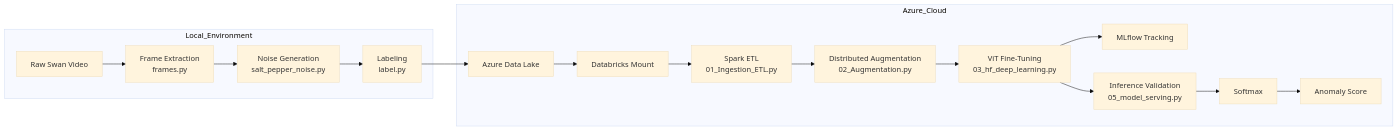
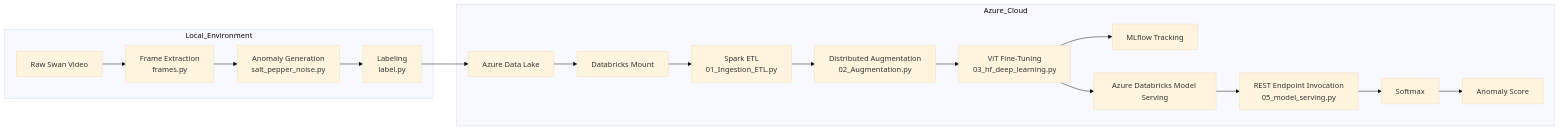
The diagram in README.md (SuhwaSeong/cv-anomaly-detection-vit), drawn with Mermaid (base theme) before and after one commit. The commit also changed other lines of this file, not shown here.

````diff
--- a/README.md
+++ b/README.md
@@ -40,28 +40,28 @@
 ```mermaid
 flowchart LR
 
     subgraph Local_Environment
         A[Raw Swan Video]
         B[Frame Extraction<br/>frames.py]
-        C[Noise Generation<br/>salt_pepper_noise.py]
+        C[Anomaly Generation<br/>salt_pepper_noise.py]
         D[Labeling<br/>label.py]
     end
 
     subgraph Azure_Cloud
         E[Azure Data Lake]
         F[Databricks Mount]
         G[Spark ETL<br/>01_Ingestion_ETL.py]
         H[Distributed Augmentation<br/>02_Augmentation.py]
         I[ViT Fine-Tuning<br/>03_hf_deep_learning.py]
         J[MLflow Tracking]
-        K[Inference Validation<br/>05_model_serving.py]
-        L[Softmax]
-        M[Anomaly Score]
+        K[Azure Databricks Model Serving]
+        L[REST Endpoint Invocation<br/>05_model_serving.py]
+        M[Softmax]
+        N[Anomaly Score]
     end
 
     A --> B --> C --> D --> E
     E --> F --> G --> H --> I
     I --> J
-    I --> K
-    K --> L --> M
+    I --> K --> L --> M --> N
 ```
````
